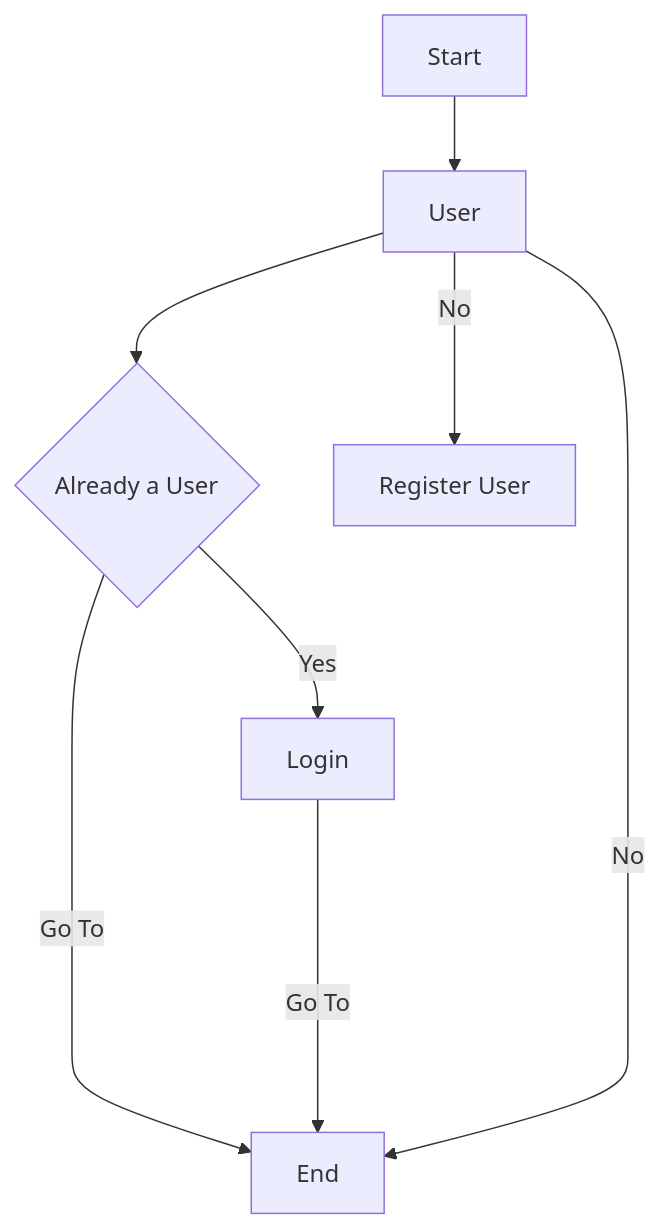
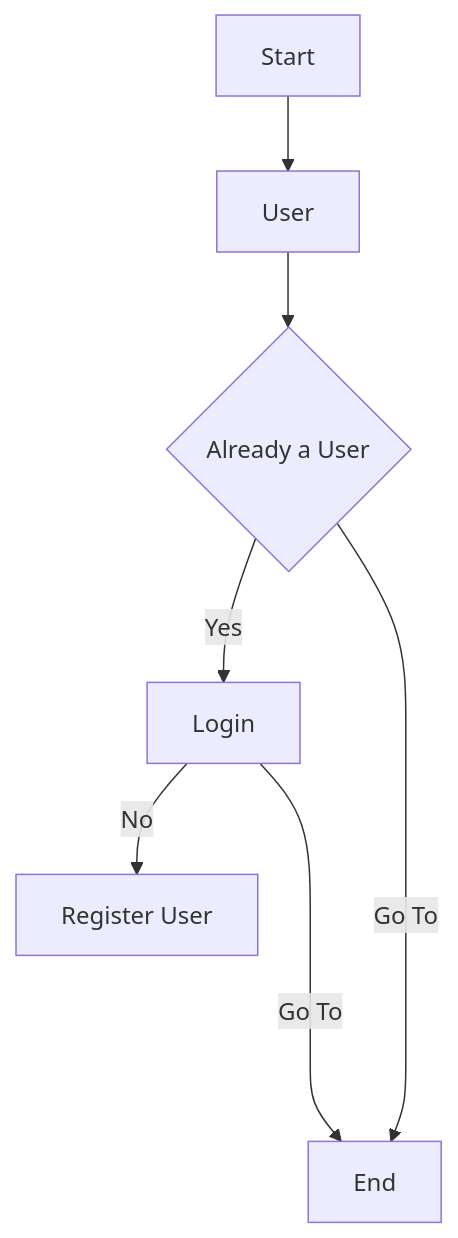
The diagram in readme.md (awaistechbrainz03/graph-check), drawn with Mermaid before and after one commit.

````diff
--- a/readme.md
+++ b/readme.md
@@ -1,10 +1,9 @@
 ```mermaid
 flowchart TD
     A[Start] --> B[User]
     B --> C{Already a User}
     C --> |Yes| D[Login]
     C ----> |Go To| F[End]
-    B --> |No| E[Register User]
+    D --> |No| E[Register User]
     D ----> |Go To| F[End]
-    B ---->|No| F[End]
 ```
````
